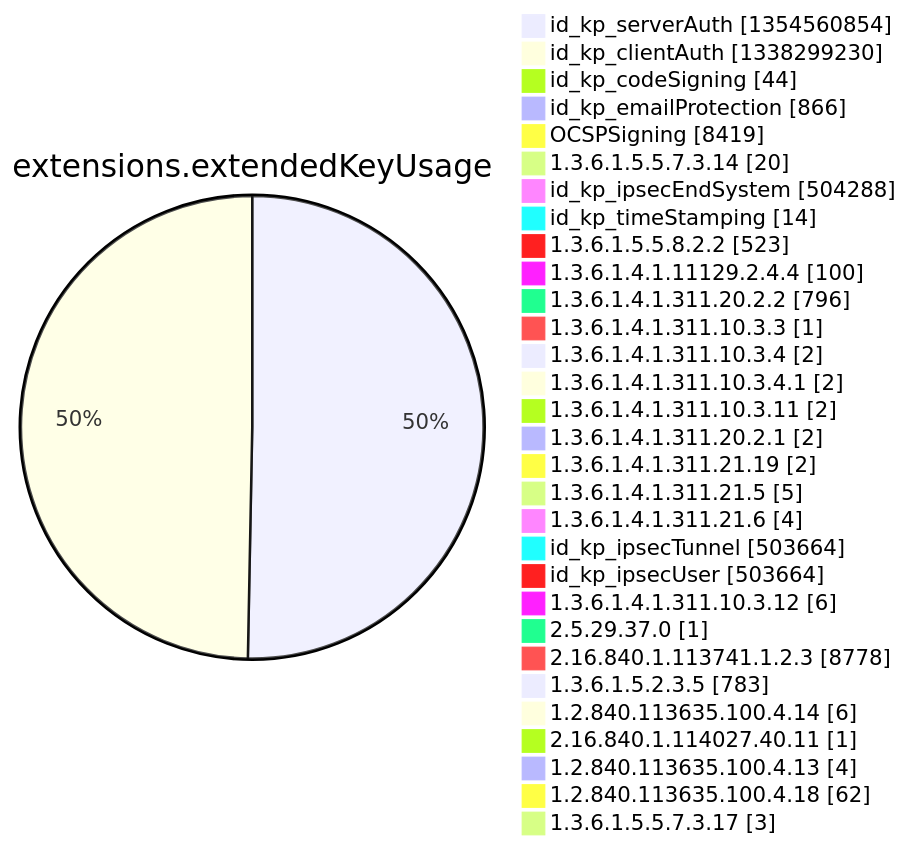
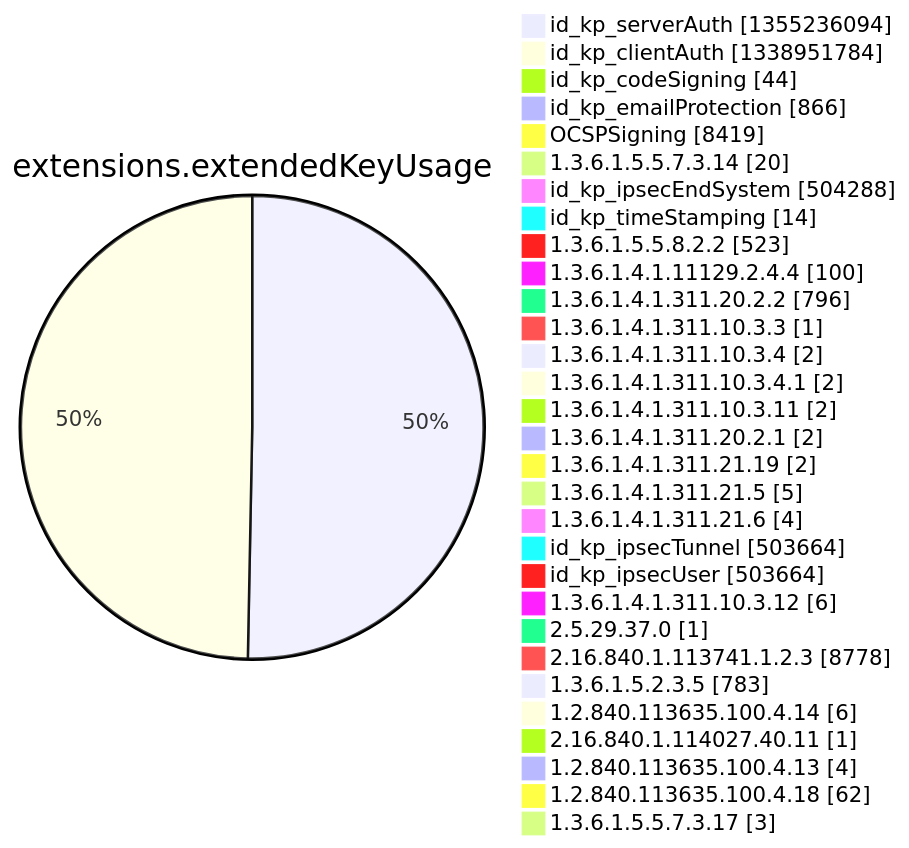
Diagram 12 of 15 in argon2022/README.md (christiankrug/ctmonitor_visualization), drawn with Mermaid before and after one commit. The commit also changed other lines of this file, not shown here.

````diff
--- a/argon2022/README.md
+++ b/argon2022/README.md
@@ -3553,34 +3553,34 @@
 ```mermaid
 pie showData
 title extensions.extendedKeyUsage
-"id_kp_serverAuth" :1354560854
-"id_kp_clientAuth" :1338299230
+"id_kp_serverAuth" :1355236094
+"id_kp_clientAuth" :1338951784
 "id_kp_codeSigning" :44
 "id_kp_emailProtection" :866
 "OCSPSigning" :8419
 "1.3.6.1.5.5.7.3.14" :20
 "id_kp_ipsecEndSystem" :504288
 "id_kp_timeStamping" :14
 "1.3.6.1.5.5.8.2.2" :523
 "1.3.6.1.4.1.11129.2.4.4" :100
 "1.3.6.1.4.1.311.20.2.2" :796
 "1.3.6.1.4.1.311.10.3.3" :1
 "1.3.6.1.4.1.311.10.3.4" :2
 "1.3.6.1.4.1.311.10.3.4.1" :2
 "1.3.6.1.4.1.311.10.3.11" :2
 "1.3.6.1.4.1.311.20.2.1" :2
 "1.3.6.1.4.1.311.21.19" :2
 "1.3.6.1.4.1.311.21.5" :5
 "1.3.6.1.4.1.311.21.6" :4
 "id_kp_ipsecTunnel" :503664
 "id_kp_ipsecUser" :503664
 "1.3.6.1.4.1.311.10.3.12" :6
 "2.5.29.37.0" :1
 "2.16.840.1.113741.1.2.3" :8778
 "1.3.6.1.5.2.3.5" :783
 "1.2.840.113635.100.4.14" :6
 "2.16.840.1.114027.40.11" :1
 "1.2.840.113635.100.4.13" :4
 "1.2.840.113635.100.4.18" :62
 "1.3.6.1.5.5.7.3.17" :3
 ```
````
